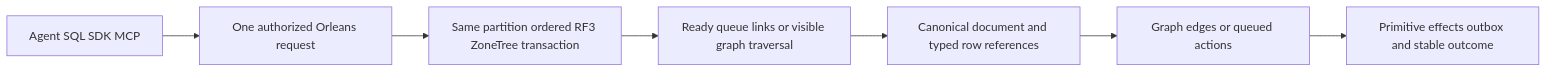
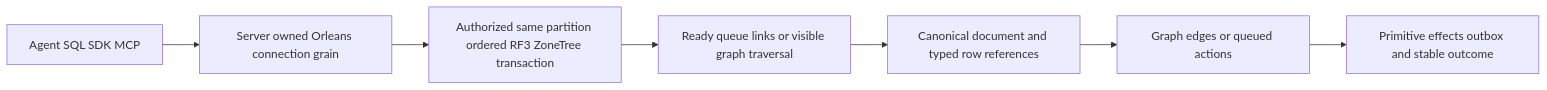
The first of 44 diagrams in docs/Architecture.md (managedcode/KeyLoad), drawn with Mermaid before and after one commit. The commit also changed other lines of this file and 106 other files, not shown here.

First line of the commit message:
Implement caller-identified CREATE TABLE and multi-block flows

````diff
--- a/docs/Architecture.md
+++ b/docs/Architecture.md
@@ -46,9 +46,9 @@
 ```mermaid
 flowchart LR
-    Caller[Agent SQL SDK MCP] --> Request[One authorized Orleans request]
-    Request --> Tx[Same partition ordered RF3 ZoneTree transaction]
+    Caller[Agent SQL SDK MCP] --> Connection[Server owned Orleans connection grain]
+    Connection --> Tx[Authorized same partition ordered RF3 ZoneTree transaction]
     Tx --> Source[Ready queue links or visible graph traversal]
     Source --> Refs[Canonical document and typed row references]
     Refs --> Effects[Graph edges or queued actions]
     Effects --> Atomic[Primitive effects outbox and stable outcome]
 ```
````
